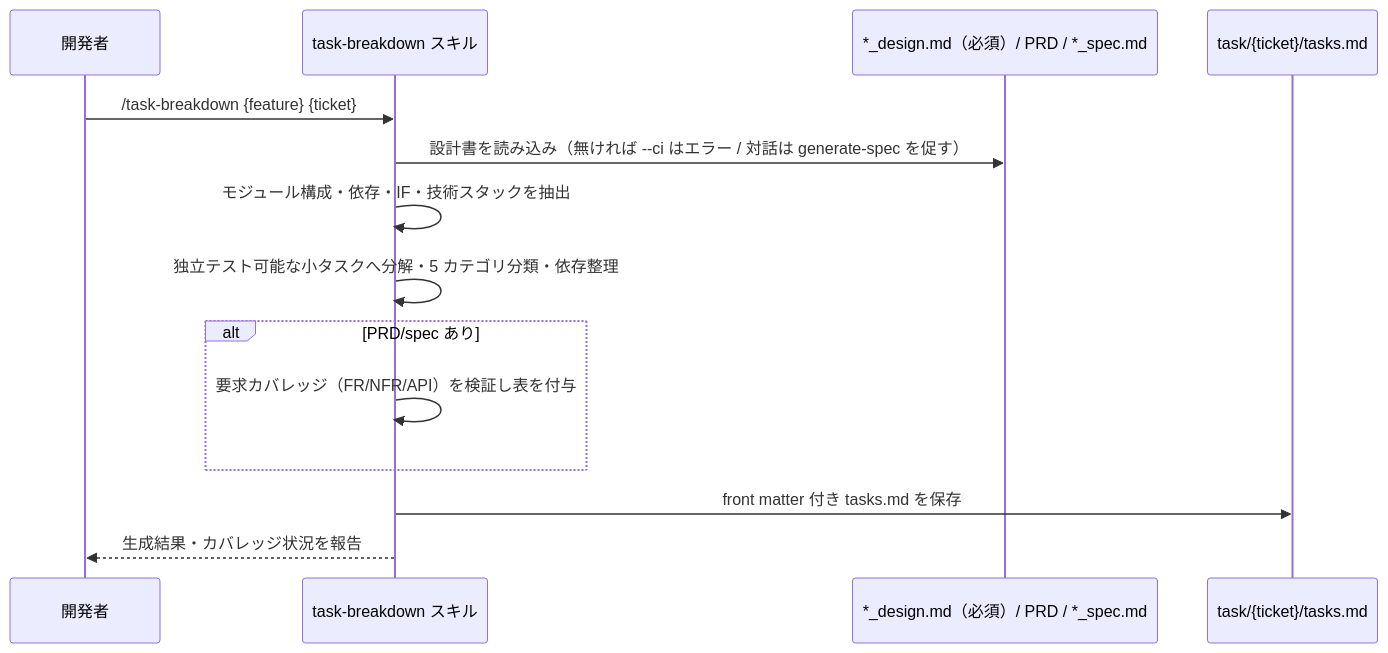
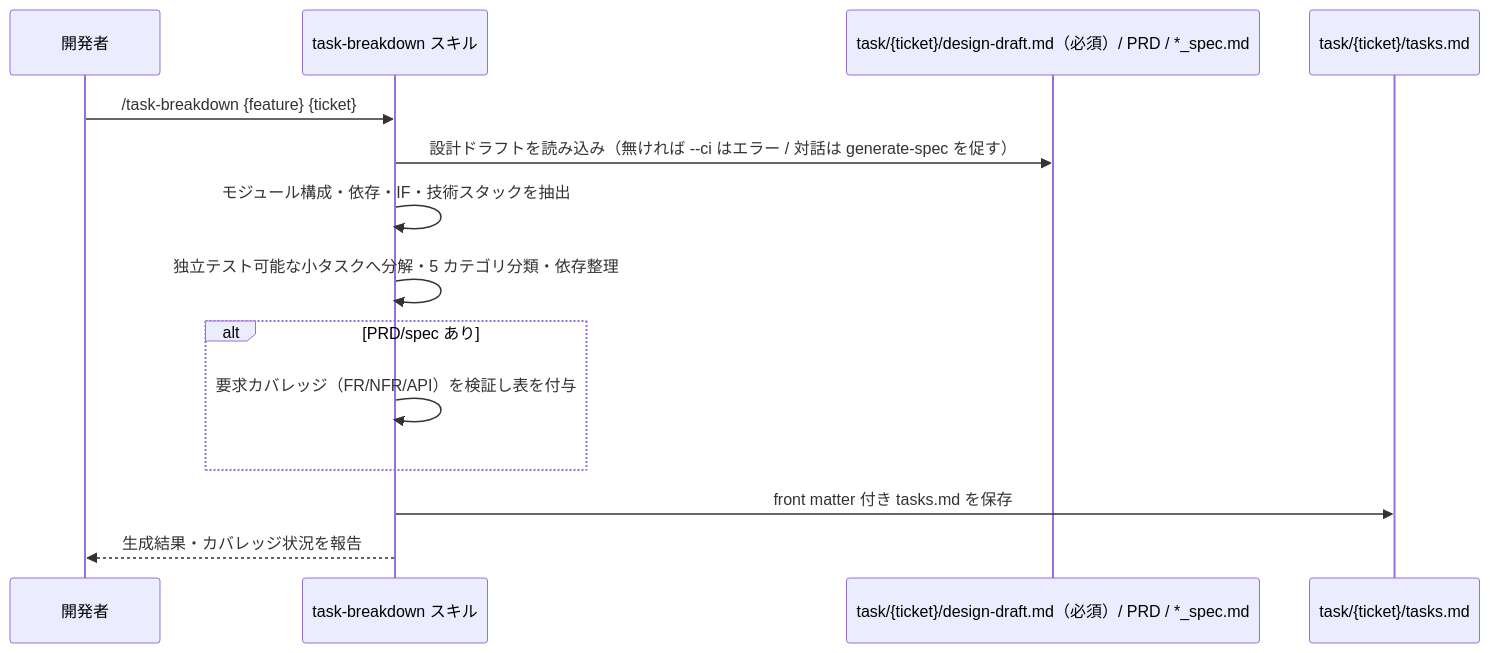
The diagram in .sdd/specification/task-implementation/task-breakdown_spec.md (ToshikiImagawa/ai-sdd-workflow-dev), drawn with Mermaid before and after one commit. The commit also changed other lines of this file and 32 other files, not shown here.

First line of the commit message:
[fix] 下流スキルの技術設計書参照先を task/{ticket}/design-draft.md へ移行 (#98)

````diff
--- a/.sdd/specification/task-implementation/task-breakdown_spec.md
+++ b/.sdd/specification/task-implementation/task-breakdown_spec.md
@@ -121,17 +123,17 @@
 ```mermaid
 sequenceDiagram
     participant User as 開発者
     participant Skill as task-breakdown スキル
-    participant Design as *_design.md（必須）/ PRD / *_spec.md
+    participant Design as task/{ticket}/design-draft.md（必須）/ PRD / *_spec.md
     participant Out as task/{ticket}/tasks.md
 
     User ->> Skill: /task-breakdown {feature} {ticket}
-    Skill ->> Design: 設計書を読み込み（無ければ --ci はエラー / 対話は generate-spec を促す）
+    Skill ->> Design: 設計ドラフトを読み込み（無ければ --ci はエラー / 対話は generate-spec を促す）
     Skill ->> Skill: モジュール構成・依存・IF・技術スタックを抽出
     Skill ->> Skill: 独立テスト可能な小タスクへ分解・5 カテゴリ分類・依存整理
     alt PRD/spec あり
         Skill ->> Skill: 要求カバレッジ（FR/NFR/API）を検証し表を付与
     end
     Skill ->> Out: front matter 付き tasks.md を保存
     Skill -->> User: 生成結果・カバレッジ状況を報告
 ```
````
